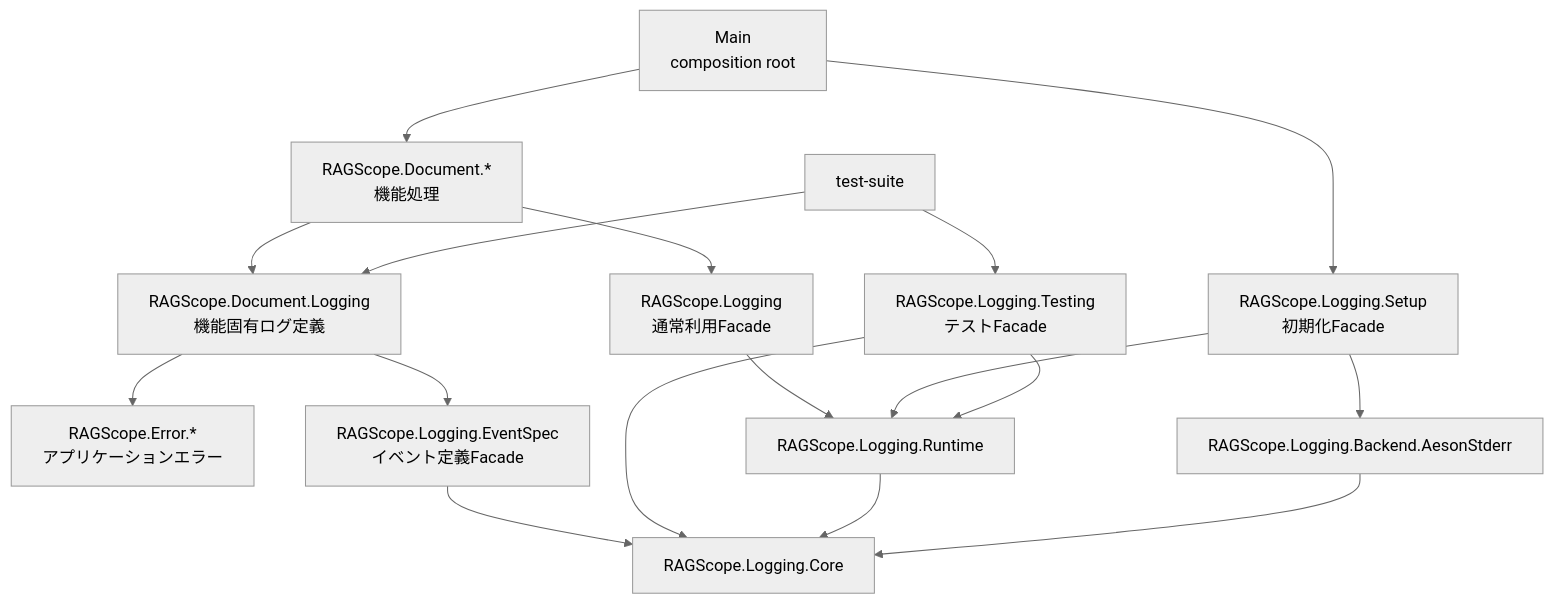
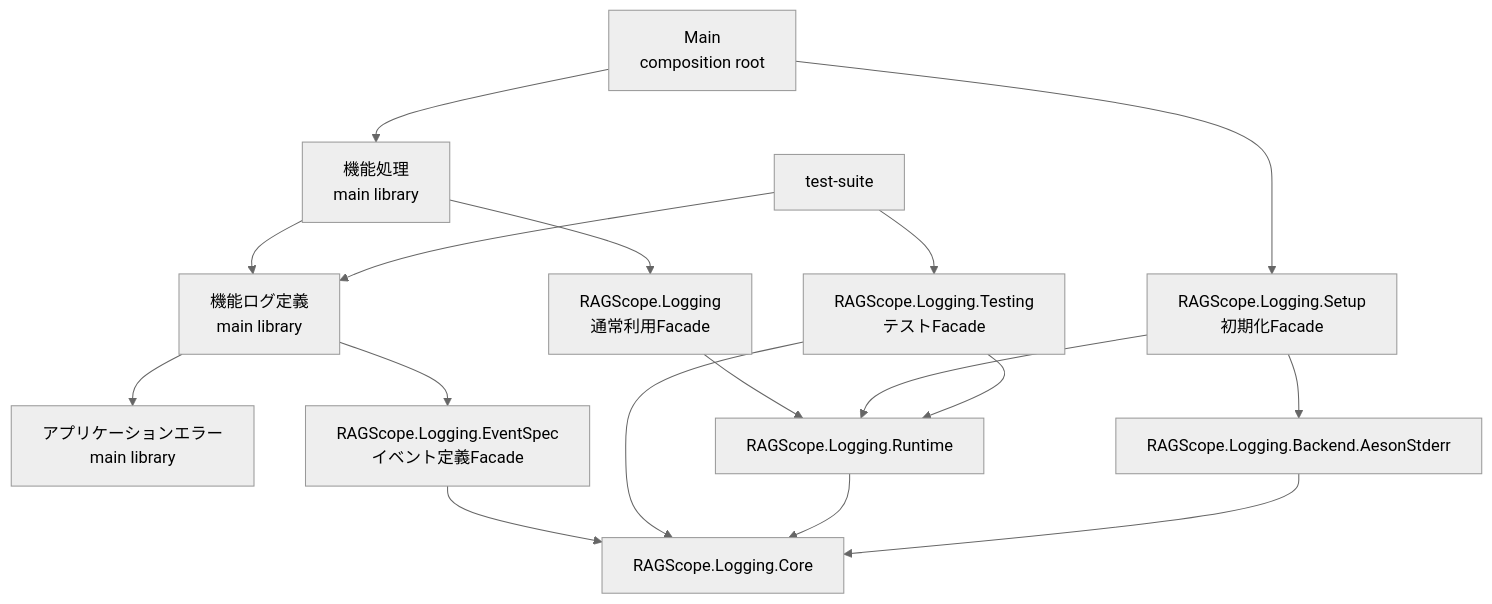
One commit to takashit16833/RAGScope changed the third of 4 diagrams in project-docs/design/構造化ログ詳細設計.md. Above: the diagram before and after it, drawn with Mermaid (neutral theme). The commit also changed other lines of this file, not shown here.

````diff
--- a/project-docs/design/構造化ログ詳細設計.md
+++ b/project-docs/design/構造化ログ詳細設計.md
@@ -95,36 +102,36 @@
 ```mermaid
 flowchart TD
     Main["Main<br>composition root"]
-    Process["RAGScope.Document.*<br>機能処理"]
-    FeatureLogging["RAGScope.Document.Logging<br>機能固有ログ定義"]
-    AppError["RAGScope.Error.*<br>アプリケーションエラー"]
+    Process["機能処理<br>main library"]
+    FeatureLogging["機能ログ定義<br>main library"]
+    AppError["アプリケーションエラー<br>main library"]
 
     Logging["RAGScope.Logging<br>通常利用Facade"]
     EventSpecFacade["RAGScope.Logging.EventSpec<br>イベント定義Facade"]
     Setup["RAGScope.Logging.Setup<br>初期化Facade"]
     Testing["RAGScope.Logging.Testing<br>テストFacade"]
 
     Core["RAGScope.Logging.Core"]
     Runtime["RAGScope.Logging.Runtime"]
     Backend["RAGScope.Logging.Backend.AesonStderr"]
     TestSuite["test-suite"]
 
     Main --> Process
     Main --> Setup
     Process --> FeatureLogging
     Process --> Logging
     FeatureLogging --> EventSpecFacade
     FeatureLogging --> AppError
 
     Logging --> Runtime
     EventSpecFacade --> Core
     Setup --> Runtime
     Setup --> Backend
     Testing --> Runtime
     Testing --> Core
     Runtime --> Core
     Backend --> Core
 
     TestSuite --> Testing
     TestSuite --> FeatureLogging
 ```
````
